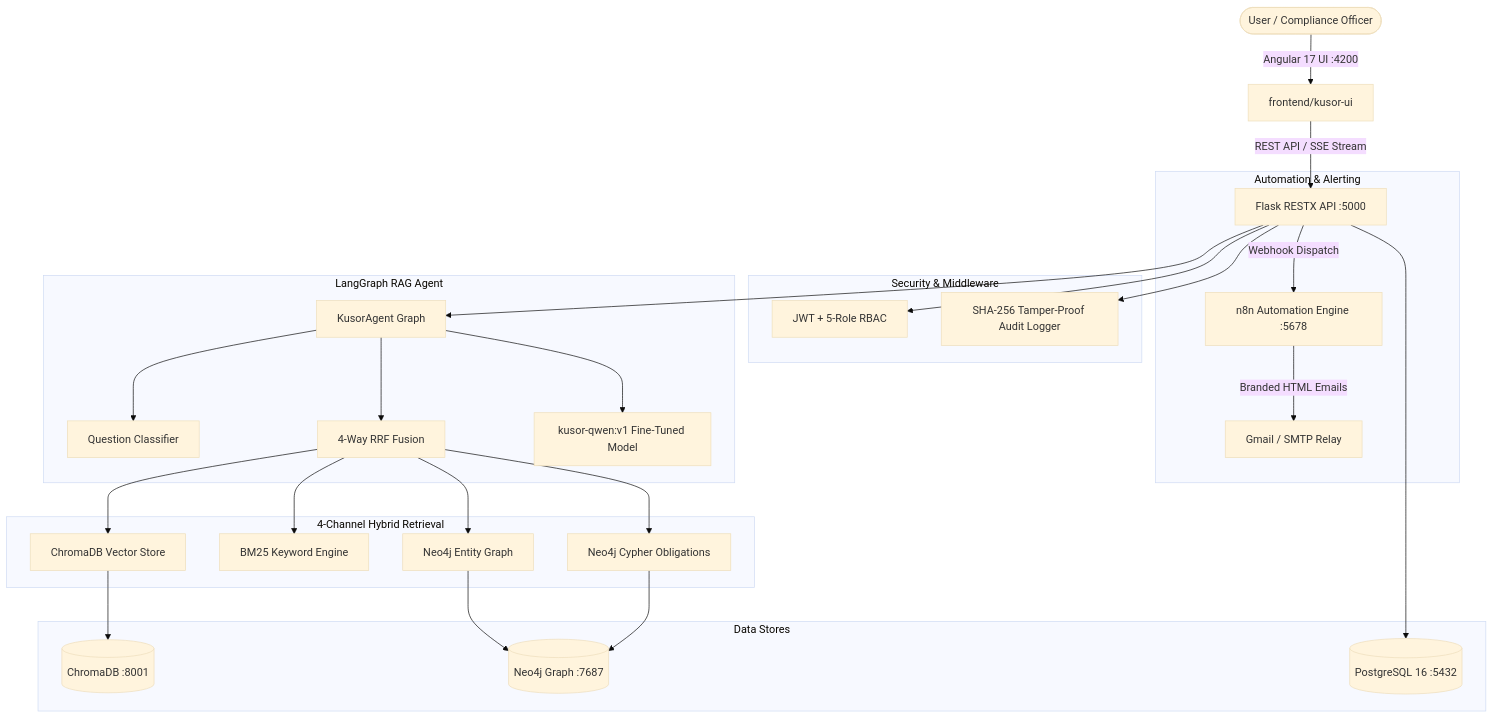
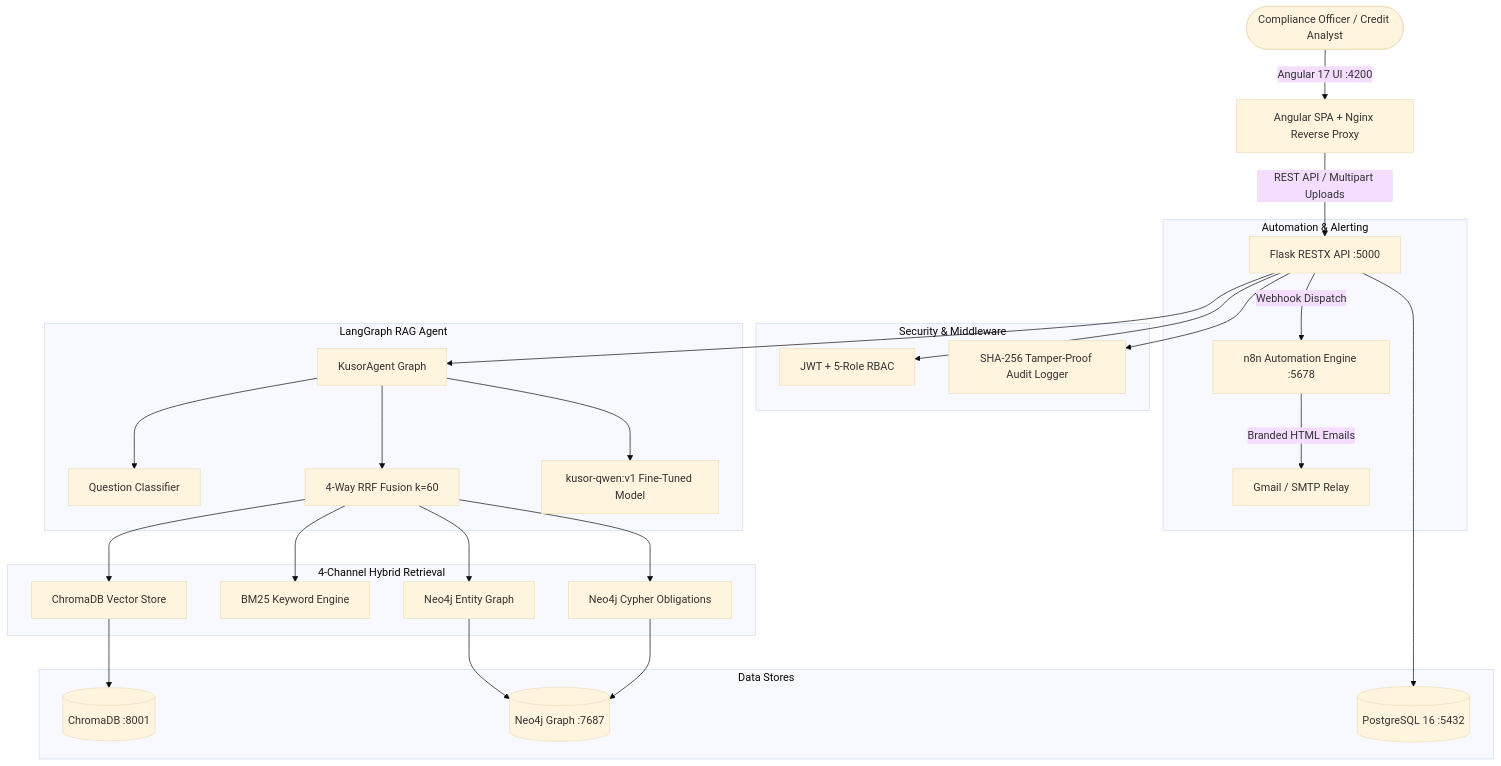
Before and after one commit to HousseinTlili/Kusor-V2: the diagram in README.md, drawn with Mermaid (base theme). The commit also changed other lines of this file, not shown here.

````diff
--- a/README.md
+++ b/README.md
@@ -49,36 +53,36 @@
 ```mermaid
 graph TD
-    User([User / Compliance Officer]) -->|Angular 17 UI :4200| Frontend[frontend/kusor-ui]
-    Frontend -->|REST API / SSE Stream| API[Flask RESTX API :5000]
+    User([Compliance Officer / Credit Analyst]) -->|Angular 17 UI :4200| Frontend[Angular SPA + Nginx Reverse Proxy]
+    Frontend -->|REST API / Multipart Uploads| Flask[Flask RESTX API :5000]
     
     subgraph Automation & Alerting
-        API -->|Webhook Dispatch| N8N[n8n Automation Engine :5678]
+        Flask -->|Webhook Dispatch| N8N[n8n Automation Engine :5678]
         N8N -->|Branded HTML Emails| SMTP[Gmail / SMTP Relay]
     end
 
     subgraph Security & Middleware
-        API --> Auth[JWT + 5-Role RBAC]
-        API --> Audit[SHA-256 Tamper-Proof Audit Logger]
+        Flask --> Auth[JWT + 5-Role RBAC]
+        Flask --> Audit[SHA-256 Tamper-Proof Audit Logger]
     end
 
     subgraph LangGraph RAG Agent
-        API --> Agent[KusorAgent Graph]
+        Flask --> Agent[KusorAgent Graph]
         Agent --> Classifier[Question Classifier]
-        Agent --> RRF[4-Way RRF Fusion]
+        Agent --> RRF[4-Way RRF Fusion k=60]
         Agent --> LLM[kusor-qwen:v1 Fine-Tuned Model]
     end
 
     subgraph 4-Channel Hybrid Retrieval
         RRF --> VectorChannel[ChromaDB Vector Store]
         RRF --> BM25Channel[BM25 Keyword Engine]
         RRF --> GraphChannel[Neo4j Entity Graph]
         RRF --> ObligationChannel[Neo4j Cypher Obligations]
     end
 
     subgraph Data Stores
         VectorChannel --> Chroma[(ChromaDB :8001)]
         GraphChannel --> Neo4j[(Neo4j Graph :7687)]
         ObligationChannel --> Neo4j
-        API --> Postgres[(PostgreSQL 16 :5432)]
+        Flask --> Postgres[(PostgreSQL 16 :5432)]
     end
 ```
````
